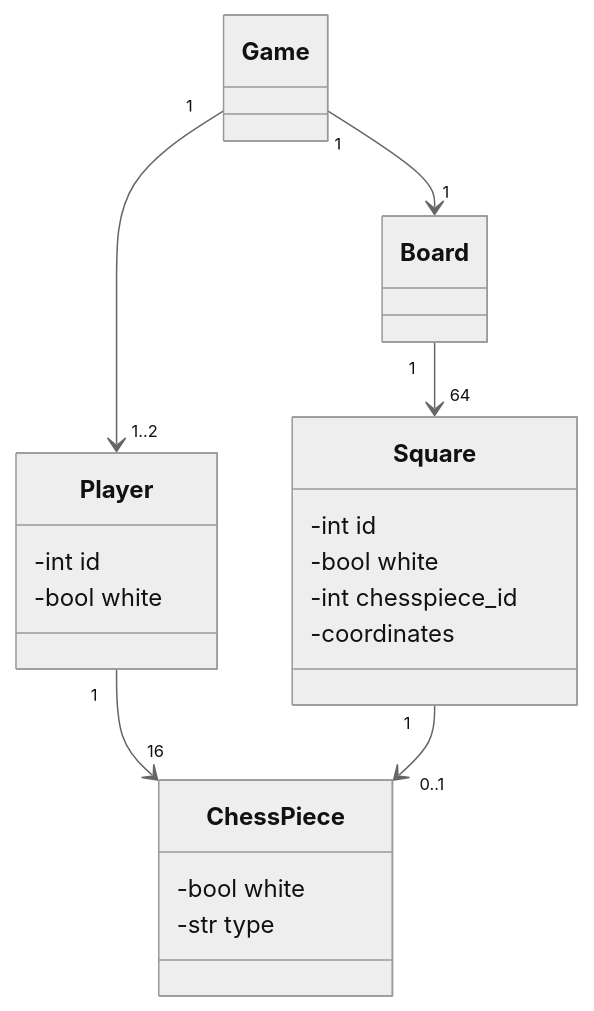
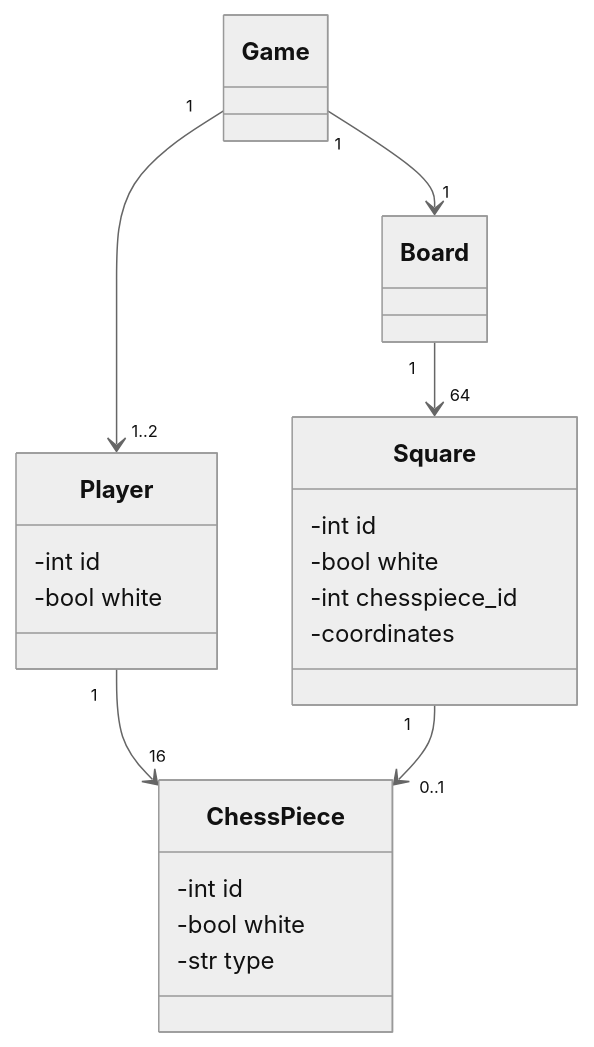
Before and after one commit to carlosescri/chess-template: the diagram in README.md, drawn with Mermaid (neutral theme).

````diff
--- a/README.md
+++ b/README.md
@@ -70,22 +70,23 @@
 ```mermaid
 classDiagram
     Game "1" --> "1..2" Player
     Game "1" --> "1" Board
     Board "1" --> "64" Square
     Player "1" --> "16" ChessPiece
     Square "1" --> "0..1" ChessPiece
     class Player{
         -int id
         -bool white
     }
     class ChessPiece{
+        -int id
         -bool white
         -str type
     }
     class Square{
         -int id
         -bool white
         -int chesspiece_id
         -coordinates
     }
 ```
````
